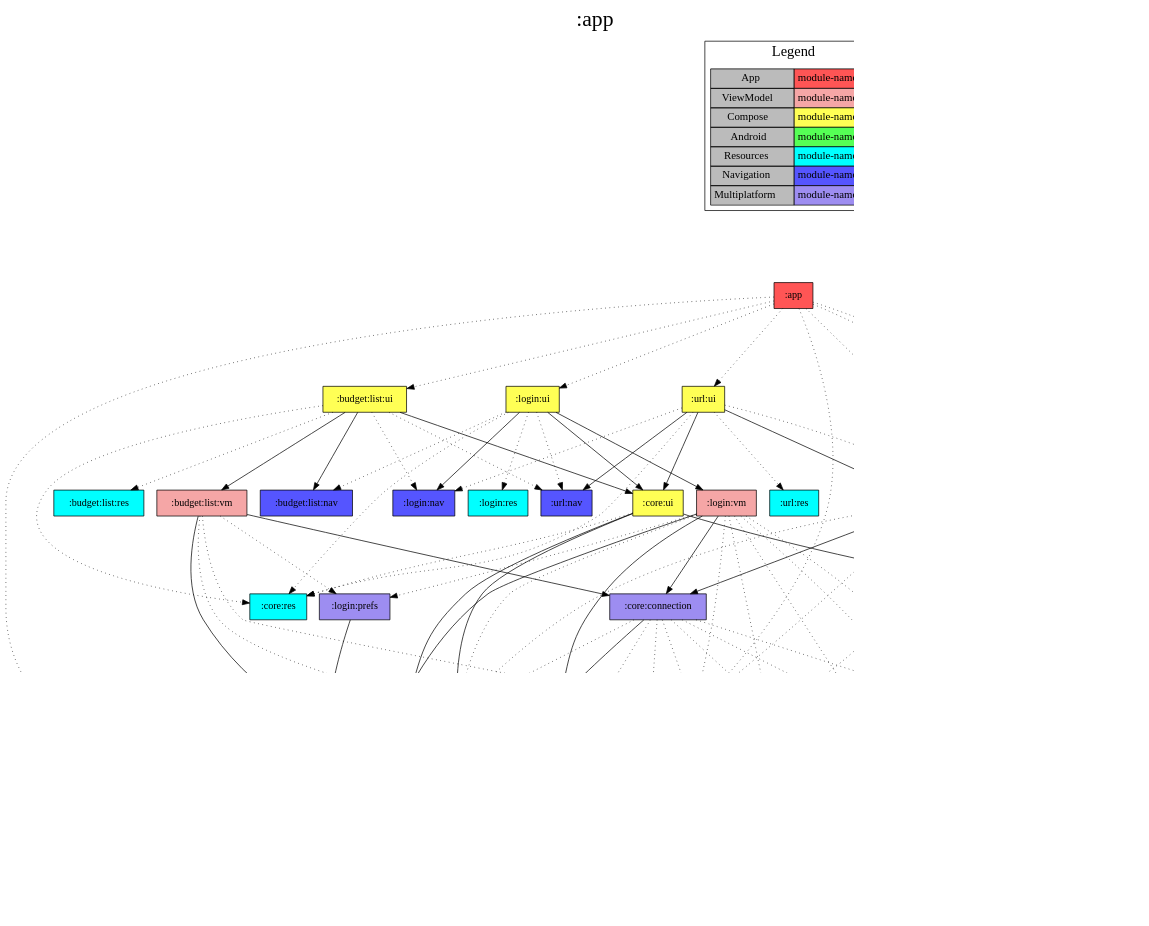
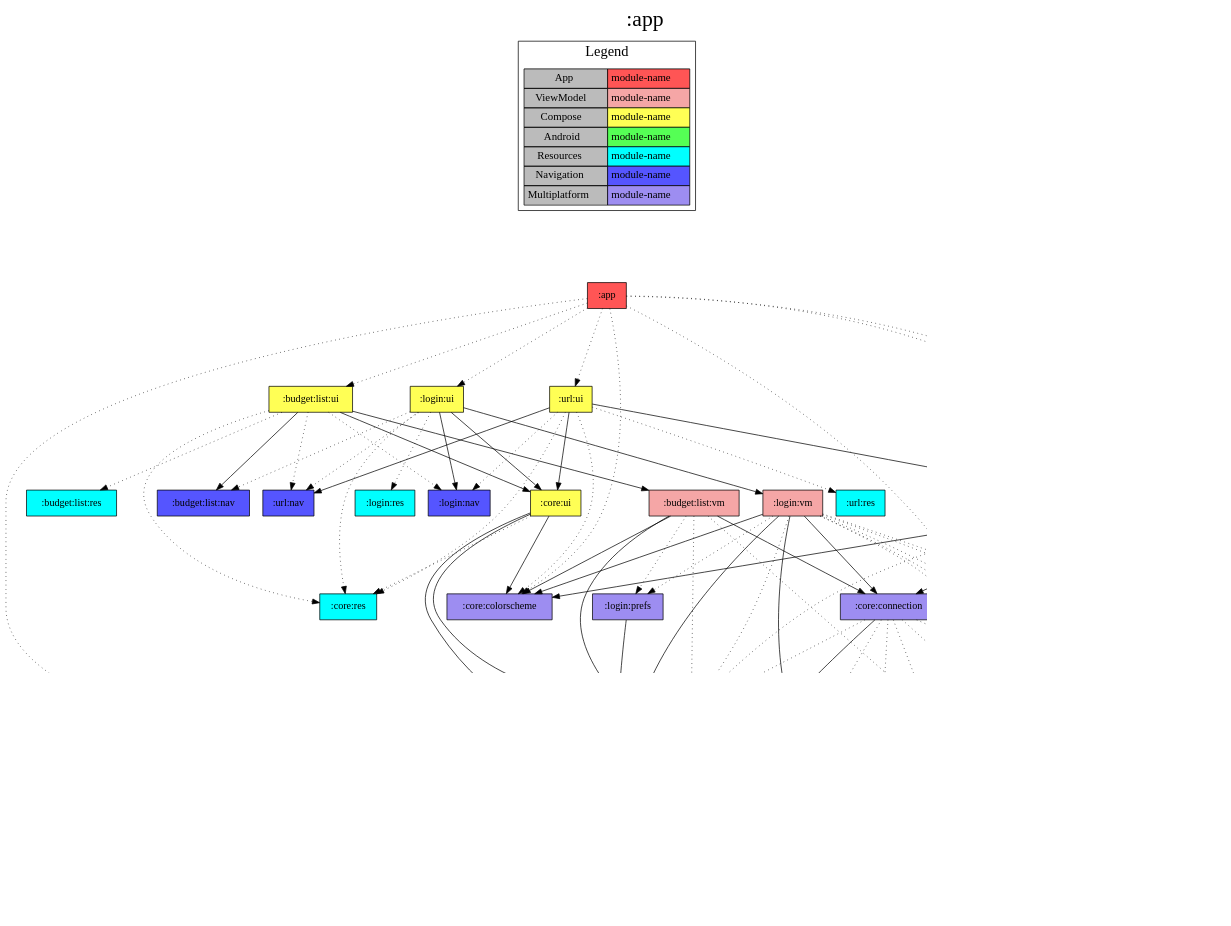
The diagram in app/project-dependency-graph.dot (jonapoul/aktual), drawn with Graphviz before and after one commit. The commit also changed 27 other files, not shown here.

```diff
--- a/app/project-dependency-graph.dot
+++ b/app/project-dependency-graph.dot
@@ -1,124 +1,126 @@
 digraph {
 edge ["dir"="forward"]
 graph ["dpi"="100","label"=":app","labelloc"="t","fontsize"="30","ranksep"="1.5","rankdir"="TB"]
 node ["style"="filled"]
 ":app" ["shape"="box","fillcolor"="#FF5555"]
 ":budget:list:ui" ["fillcolor"="#FFFF55","shape"="box"]
 ":budget:list:nav" ["fillcolor"="#5555FF","shape"="box"]
 ":budget:list:vm" ["fillcolor"="#F5A6A6","shape"="box"]
+":core:colorscheme" ["fillcolor"="#9D8DF1","shape"="box"]
 ":core:connection" ["fillcolor"="#9D8DF1","shape"="box"]
 ":core:buildconfig" ["fillcolor"="#9D8DF1","shape"="box"]
 ":api:client" ["fillcolor"="#9D8DF1","shape"="box"]
 ":api:model" ["fillcolor"="#9D8DF1","shape"="box"]
 ":login:model" ["fillcolor"="#9D8DF1","shape"="box"]
 ":url:model" ["fillcolor"="#9D8DF1","shape"="box"]
 ":api:json" ["fillcolor"="#9D8DF1","shape"="box"]
 ":core:coroutines" ["fillcolor"="#9D8DF1","shape"="box"]
 ":core:log" ["fillcolor"="#9D8DF1","shape"="box"]
 ":core:versions" ["fillcolor"="#9D8DF1","shape"="box"]
 ":url:prefs" ["fillcolor"="#9D8DF1","shape"="box"]
 ":login:prefs" ["fillcolor"="#9D8DF1","shape"="box"]
 ":core:ui" ["fillcolor"="#FFFF55","shape"="box"]
-":core:colorscheme" ["fillcolor"="#9D8DF1","shape"="box"]
 ":core:res" ["fillcolor"="#00FFFF","shape"="box"]
 ":budget:list:res" ["fillcolor"="#00FFFF","shape"="box"]
 ":login:nav" ["fillcolor"="#5555FF","shape"="box"]
 ":url:nav" ["fillcolor"="#5555FF","shape"="box"]
 ":login:ui" ["fillcolor"="#FFFF55","shape"="box"]
 ":login:vm" ["fillcolor"="#F5A6A6","shape"="box"]
 ":login:res" ["fillcolor"="#00FFFF","shape"="box"]
 ":url:ui" ["fillcolor"="#FFFF55","shape"="box"]
 ":url:vm" ["fillcolor"="#F5A6A6","shape"="box"]
 ":url:res" ["fillcolor"="#00FFFF","shape"="box"]
 {
 edge ["dir"="none"]
 graph ["rank"="same"]
 ":app"
 }
 ":app" -> ":budget:list:ui" ["style"="dotted"]
 ":app" -> ":core:buildconfig" ["style"="dotted"]
 ":app" -> ":core:colorscheme" ["style"="dotted"]
 ":app" -> ":core:coroutines" ["style"="dotted"]
 ":app" -> ":core:log" ["style"="dotted"]
 ":app" -> ":login:ui" ["style"="dotted"]
 ":app" -> ":url:prefs" ["style"="dotted"]
 ":app" -> ":url:ui" ["style"="dotted"]
 ":budget:list:ui" -> ":budget:list:nav"
 ":budget:list:ui" -> ":budget:list:vm"
 ":budget:list:ui" -> ":core:ui"
 ":budget:list:ui" -> ":budget:list:res" ["style"="dotted"]
 ":budget:list:ui" -> ":core:res" ["style"="dotted"]
 ":budget:list:ui" -> ":login:nav" ["style"="dotted"]
 ":budget:list:ui" -> ":url:nav" ["style"="dotted"]
+":budget:list:vm" -> ":core:colorscheme"
 ":budget:list:vm" -> ":core:connection"
 ":budget:list:vm" -> ":url:model"
 ":budget:list:vm" -> ":core:versions" ["style"="dotted"]
 ":budget:list:vm" -> ":login:prefs" ["style"="dotted"]
 ":budget:list:vm" -> ":url:prefs" ["style"="dotted"]
 ":core:connection" -> ":core:buildconfig"
 ":core:connection" -> ":api:client" ["style"="dotted"]
 ":core:connection" -> ":api:json" ["style"="dotted"]
 ":core:connection" -> ":core:coroutines" ["style"="dotted"]
 ":core:connection" -> ":core:log" ["style"="dotted"]
 ":core:connection" -> ":core:versions" ["style"="dotted"]
 ":core:connection" -> ":url:model" ["style"="dotted"]
 ":core:connection" -> ":url:prefs" ["style"="dotted"]
 ":api:client" -> ":api:model"
 ":api:client" -> ":url:model"
 ":api:model" -> ":login:model"
 ":core:versions" -> ":core:buildconfig"
 ":url:prefs" -> ":url:model"
 ":login:prefs" -> ":login:model"
 ":core:ui" -> ":core:colorscheme"
 ":core:ui" -> ":core:versions"
 ":core:ui" -> ":url:model"
 ":core:ui" -> ":core:res" ["style"="dotted"]
 ":login:ui" -> ":core:ui"
 ":login:ui" -> ":login:nav"
 ":login:ui" -> ":login:vm"
 ":login:ui" -> ":budget:list:nav" ["style"="dotted"]
 ":login:ui" -> ":core:res" ["style"="dotted"]
 ":login:ui" -> ":login:res" ["style"="dotted"]
 ":login:ui" -> ":url:nav" ["style"="dotted"]
+":login:vm" -> ":core:colorscheme"
 ":login:vm" -> ":core:connection"
 ":login:vm" -> ":login:model"
 ":login:vm" -> ":url:model"
 ":login:vm" -> ":api:client" ["style"="dotted"]
 ":login:vm" -> ":api:model" ["style"="dotted"]
 ":login:vm" -> ":core:coroutines" ["style"="dotted"]
 ":login:vm" -> ":core:log" ["style"="dotted"]
 ":login:vm" -> ":core:versions" ["style"="dotted"]
 ":login:vm" -> ":login:prefs" ["style"="dotted"]
 ":login:vm" -> ":url:prefs" ["style"="dotted"]
 ":url:ui" -> ":core:ui"
 ":url:ui" -> ":url:nav"
 ":url:ui" -> ":url:vm"
 ":url:ui" -> ":core:colorscheme" ["style"="dotted"]
 ":url:ui" -> ":core:res" ["style"="dotted"]
 ":url:ui" -> ":login:nav" ["style"="dotted"]
 ":url:ui" -> ":url:res" ["style"="dotted"]
+":url:vm" -> ":core:colorscheme"
 ":url:vm" -> ":core:connection"
 ":url:vm" -> ":url:model"
 ":url:vm" -> ":api:client" ["style"="dotted"]
 ":url:vm" -> ":api:model" ["style"="dotted"]
-":url:vm" -> ":core:colorscheme" ["style"="dotted"]
 ":url:vm" -> ":core:coroutines" ["style"="dotted"]
 ":url:vm" -> ":core:log" ["style"="dotted"]
 ":url:vm" -> ":core:versions" ["style"="dotted"]
 ":url:vm" -> ":url:prefs" ["style"="dotted"]
 subgraph "cluster_legend" {
 edge ["dir"="none"]
 graph ["label"="Legend","fontsize"="20"]
 "Legend" ["style"="filled","fillcolor"="#bbbbbb","shape"="none","margin"="0","fontsize"="15","label"=<
 <TABLE BORDER="0" CELLBORDER="1" CELLSPACING="0" CELLPADDING="4">
 <TR><TD>App</TD><TD BGCOLOR="#FF5555">module-name</TD></TR>
 <TR><TD>ViewModel</TD><TD BGCOLOR="#F5A6A6">module-name</TD></TR>
 <TR><TD>Compose</TD><TD BGCOLOR="#FFFF55">module-name</TD></TR>
 <TR><TD>Android</TD><TD BGCOLOR="#55FF55">module-name</TD></TR>
 <TR><TD>Resources</TD><TD BGCOLOR="#00FFFF">module-name</TD></TR>
 <TR><TD>Navigation</TD><TD BGCOLOR="#5555FF">module-name</TD></TR>
 <TR><TD>Multiplatform</TD><TD BGCOLOR="#9D8DF1">module-name</TD></TR>
 </TABLE>
 >]
 } -> ":app" ["style"="invis"]
 }
```
